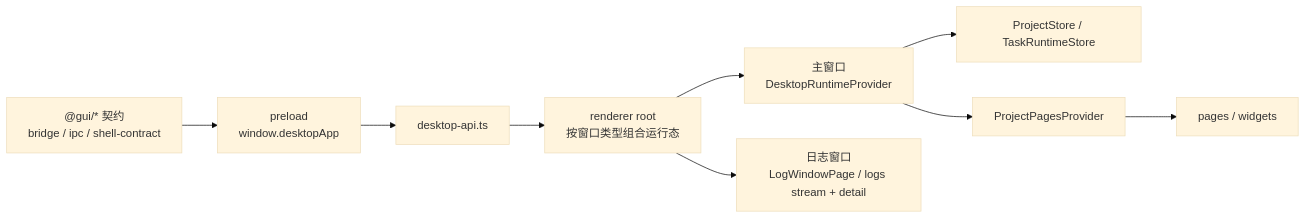
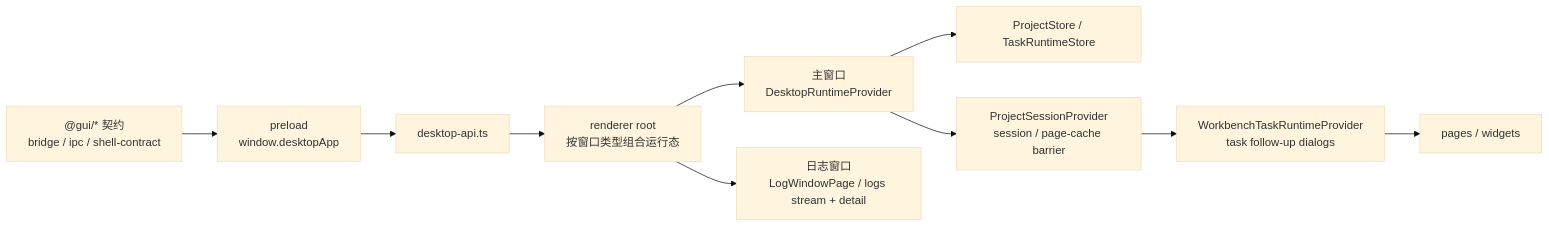
One commit to neavo/LinguaGacha changed the diagram in docs/FRONTEND.md. Above: the diagram before and after it, drawn with Mermaid (base theme). The commit also changed other lines of this file and 57 other files, not shown here.

````diff
--- a/docs/FRONTEND.md
+++ b/docs/FRONTEND.md
@@ -7,11 +7,12 @@
 ```mermaid
 flowchart LR
   Contract["@gui/* 契约<br/>bridge / ipc / shell-contract"] --> Preload["preload<br/>window.desktopApp"]
   Preload --> API["desktop-api.ts"]
   API --> Root["renderer root<br/>按窗口类型组合运行态"]
   Root --> Runtime["主窗口<br/>DesktopRuntimeProvider"]
   Root --> Logs["日志窗口<br/>LogWindowPage / logs stream + detail"]
   Runtime --> Store["ProjectStore / TaskRuntimeStore"]
-  Runtime --> PagesRuntime["ProjectPagesProvider"]
-  PagesRuntime --> Pages["pages / widgets"]
+  Runtime --> Session["ProjectSessionProvider<br/>session / page-cache barrier"]
+  Session --> Followup["WorkbenchTaskRuntimeProvider<br/>task follow-up dialogs"]
+  Followup --> Pages["pages / widgets"]
 ```
````
